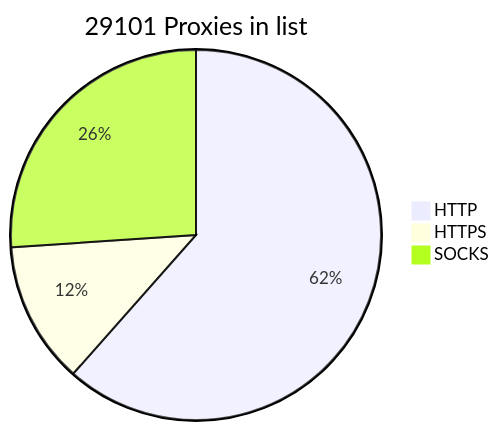
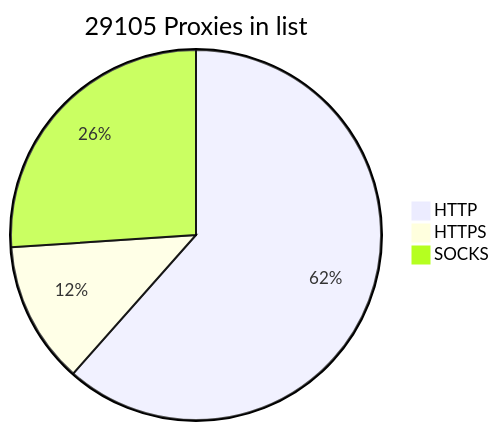
The diagram in README.md (BlackSnowDot/proxylist-update-every-minute), drawn with Mermaid before and after one commit. The commit also changed other lines of this file, not shown here.

````diff
--- a/README.md
+++ b/README.md
@@ -2,6 +2,6 @@
 ```mermaid
-pie title 29101 Proxies in list
-    "HTTP" : 19683
-    "HTTPS": 3968
+pie title 29105 Proxies in list
+    "HTTP" : 19689
+    "HTTPS": 3970
     "SOCKS" : 8336
 ```
````
